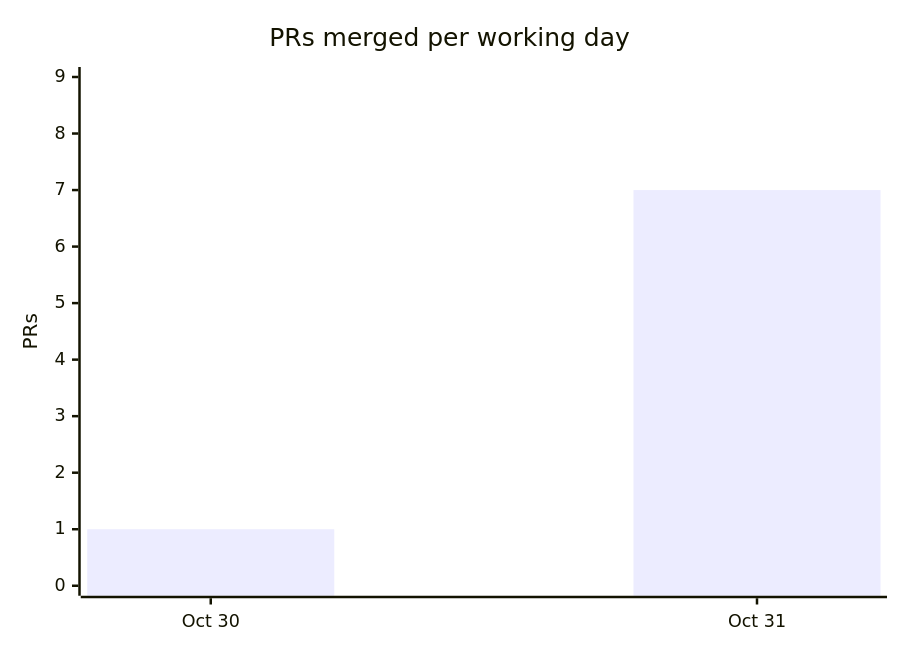
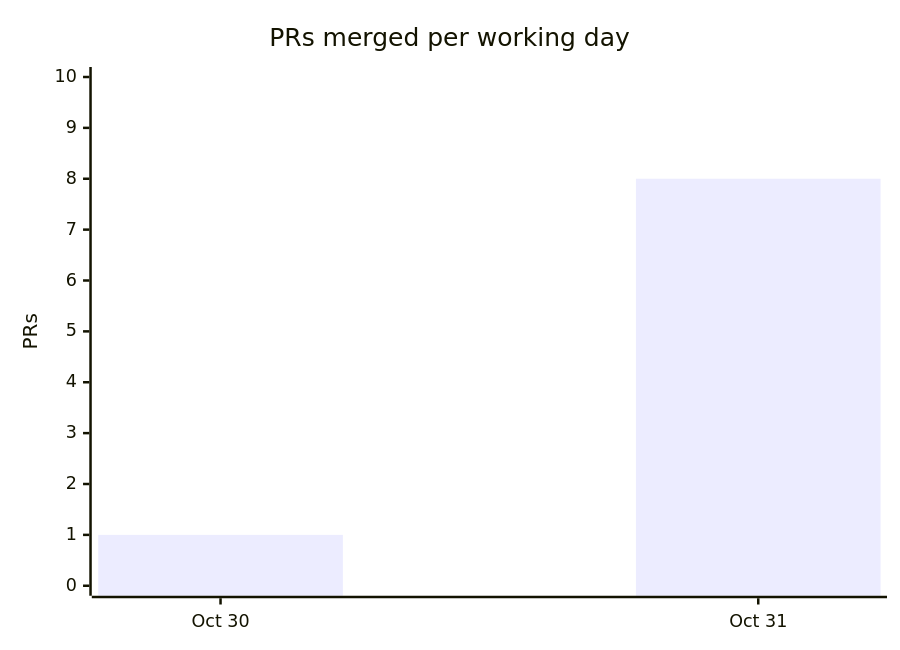
The fourth of 4 diagrams in docs/OVERVIEW.md (cmprssd/nfsh), drawn with Mermaid before and after one commit. The commit also changed other lines of this file and 13 other files, not shown here.

````diff
--- a/docs/OVERVIEW.md
+++ b/docs/OVERVIEW.md
@@ -128,7 +129,7 @@
 ```mermaid
 xychart-beta
     title "PRs merged per working day"
     x-axis ["Oct 30", "Oct 31"]
-    y-axis "PRs" 0 --> 9
-    bar [1, 7]
+    y-axis "PRs" 0 --> 10
+    bar [1, 8]
 ```
````
